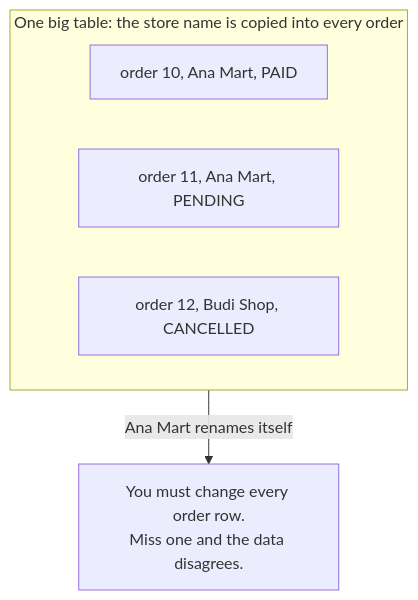
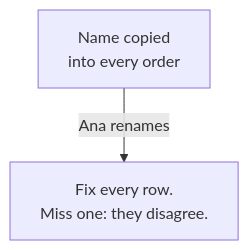
Before and after one commit to starjustice/research-material: the second of 9 diagrams in learn/database/02-joins.md, drawn with Mermaid. The commit also changed other lines of this file, not shown here.

````diff
--- a/learn/database/02-joins.md
+++ b/learn/database/02-joins.md
@@ -39,9 +42,4 @@
 ```mermaid
 graph TB
-    subgraph BIG ["One big table: the store name is copied into every order"]
-        B1["order 10, Ana Mart, PAID"]
-        B2["order 11, Ana Mart, PENDING"]
-        B3["order 12, Budi Shop, CANCELLED"]
-    end
-    BIG -->|Ana Mart renames itself| P["You must change every order row.<br/>Miss one and the data disagrees."]
+    B["Name copied<br/>into every order"] -->|Ana renames| P["Fix every row.<br/>Miss one: they disagree."]
 ```
````
